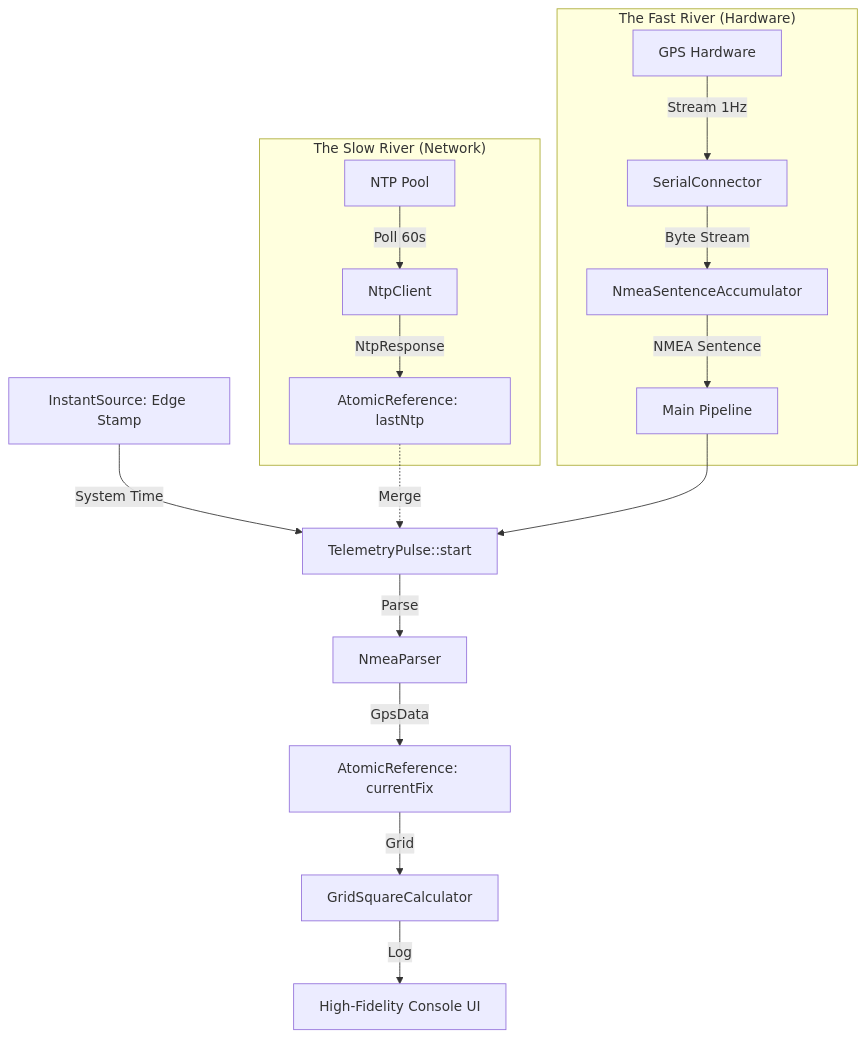
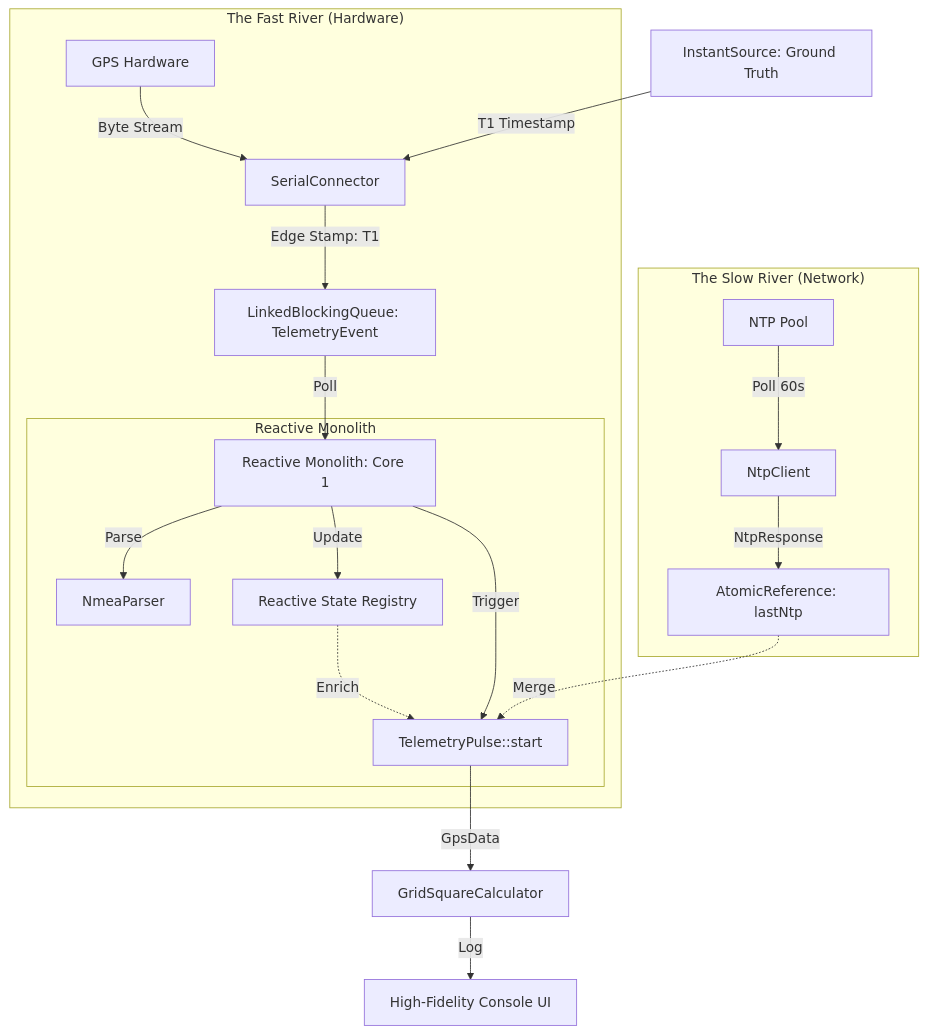
The fourth of 4 diagrams in docs/architecture/ARCHITECTURE.md (N8QQQ/qtr-qth), drawn with Mermaid before and after one commit. The commit also changed other lines of this file and 48 other files, not shown here.

First line of the commit message:
feat(phase-9): Reactive State Synchronization & High-Fidelity Stress Certification (#37)

````diff
--- a/docs/architecture/ARCHITECTURE.md
+++ b/docs/architecture/ARCHITECTURE.md
@@ -150,21 +151,25 @@
 ```mermaid
 flowchart TD
     subgraph "The Slow River (Network)"
-        NTP[NTP Pool] --> |Poll 60s| NC[NtpClient]
-        NC --> |NtpResponse| AR[AtomicReference: lastNtp]
+        NTP["NTP Pool"] --> |Poll 60s| NC["NtpClient"]
+        NC --> |NtpResponse| AR["AtomicReference: lastNtp"]
     end
 
     subgraph "The Fast River (Hardware)"
-        GPS[GPS Hardware] --> |Stream 1Hz| SC[SerialConnector]
-        SC --> |Byte Stream| AC[NmeaSentenceAccumulator]
-        AC --> |NMEA Sentence| ML[Main Pipeline]
+        GPS["GPS Hardware"] --> |Byte Stream| SC["SerialConnector"]
+        SC --> |Edge Stamp: T1| EQ["LinkedBlockingQueue: TelemetryEvent"]
+        EQ --> |Poll| RM["Reactive Monolith: Core 1"]
+        
+        subgraph "Reactive Monolith"
+            RM --> |Parse| NP["NmeaParser"]
+            RM --> |Update| SR["Reactive State Registry"]
+            RM --> |Trigger| TP["TelemetryPulse::start"]
+        end
     end
 
-    CLOCK[InstantSource: Edge Stamp] --> |System Time| TP
-    AR -.-> |Merge| TP[TelemetryPulse::start]
-    ML --> TP
-    TP --> |Parse| NP[NmeaParser]
-    NP --> |GpsData| CF[AtomicReference: currentFix]
-    CF --> |Grid| GS[GridSquareCalculator]
-    GS --> |Log| LOG[High-Fidelity Console UI]
+    CLOCK["InstantSource: Ground Truth"] --> |T1 Timestamp| SC
+    AR -.-> |Merge| TP
+    SR -.-> |Enrich| TP
+    TP --> |GpsData| GS["GridSquareCalculator"]
+    GS --> |Log| LOG["High-Fidelity Console UI"]
 ```
````
